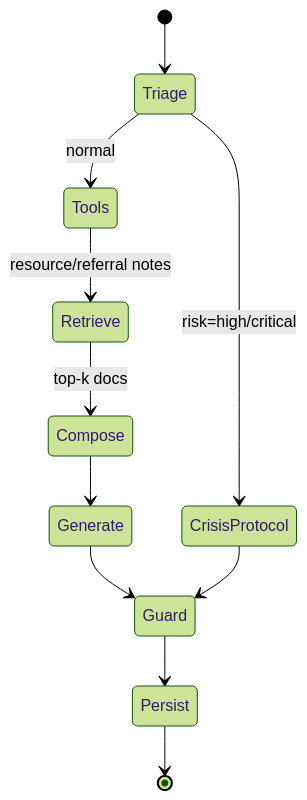
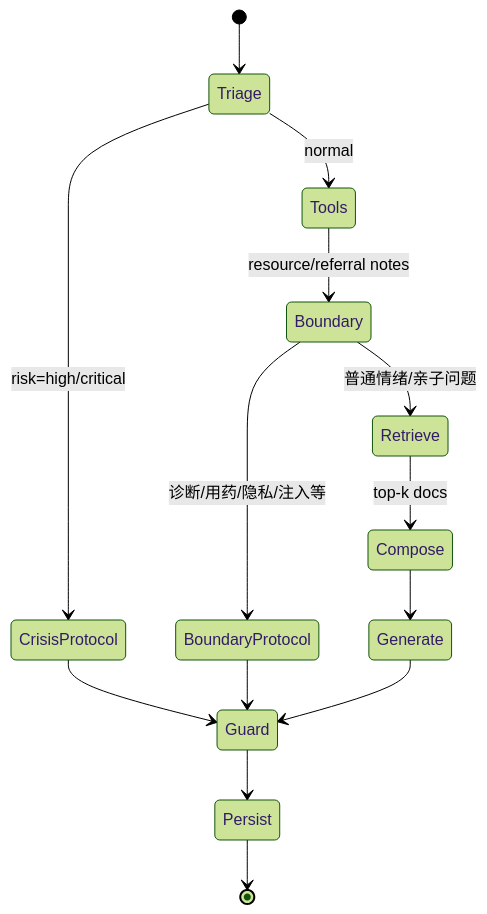
One commit to Lnyyy6/heart-say changed the second of 5 diagrams in docs/ARCHITECTURE.md. Above: the diagram before and after it, drawn with Mermaid (forest theme). The commit also changed other lines of this file and 34 other files, not shown here.

````diff
--- a/docs/ARCHITECTURE.md
+++ b/docs/ARCHITECTURE.md
@@ -71,13 +71,16 @@
 ```mermaid
 stateDiagram-v2
     [*] --> Triage
     Triage --> CrisisProtocol: risk=high/critical
     Triage --> Tools: normal
-    Tools --> Retrieve: resource/referral notes
+    Tools --> Boundary: resource/referral notes
+    Boundary --> BoundaryProtocol: 诊断/用药/隐私/注入等
+    Boundary --> Retrieve: 普通情绪/亲子问题
     Retrieve --> Compose: top-k docs
     Compose --> Generate
     Generate --> Guard
     CrisisProtocol --> Guard
+    BoundaryProtocol --> Guard
     Guard --> Persist
     Persist --> [*]
 ```
````
